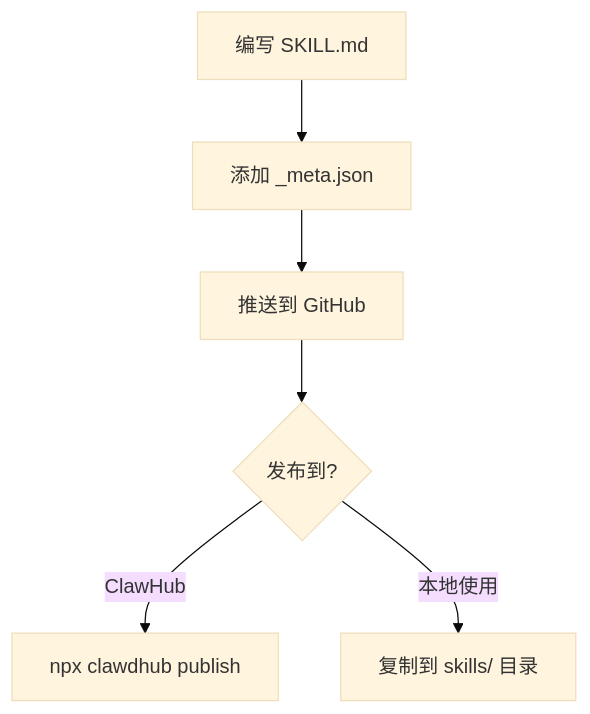
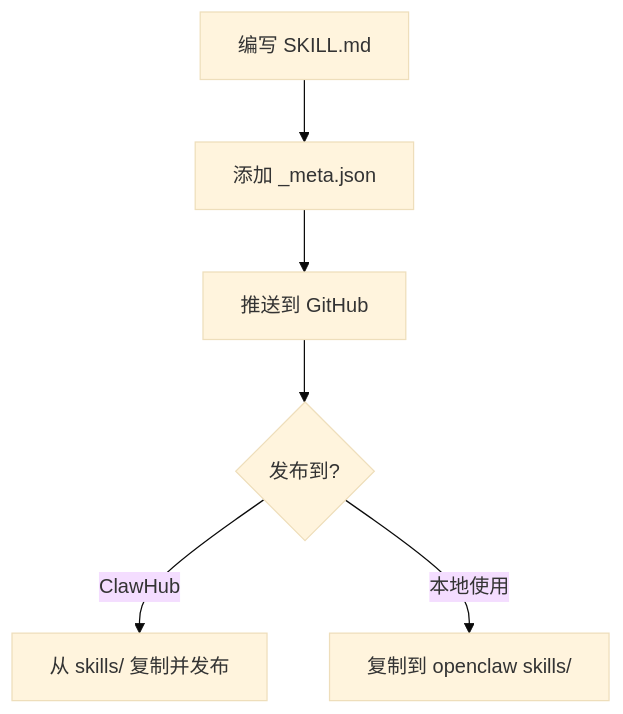
Before and after one commit to adminlove520/lobsterhub-cultivation: the fourth of 4 diagrams in docs/ARCHITECTURE.md, drawn with Mermaid (base theme). The commit also changed other lines of this file, not shown here.

````diff
--- a/docs/ARCHITECTURE.md
+++ b/docs/ARCHITECTURE.md
@@ -130,8 +101,8 @@
 ```mermaid
 flowchart TD
     A[编写 SKILL.md] --> B[添加 _meta.json]
     B --> C[推送到 GitHub]
     C --> D{发布到?}
-    D -->|ClawHub| E[npx clawdhub publish]
-    D -->|本地使用| F[复制到 skills/ 目录]
+    D -->|ClawHub| E[从 skills/ 复制并发布]
+    D -->|本地使用| F[复制到 openclaw skills/]
 ```
````
